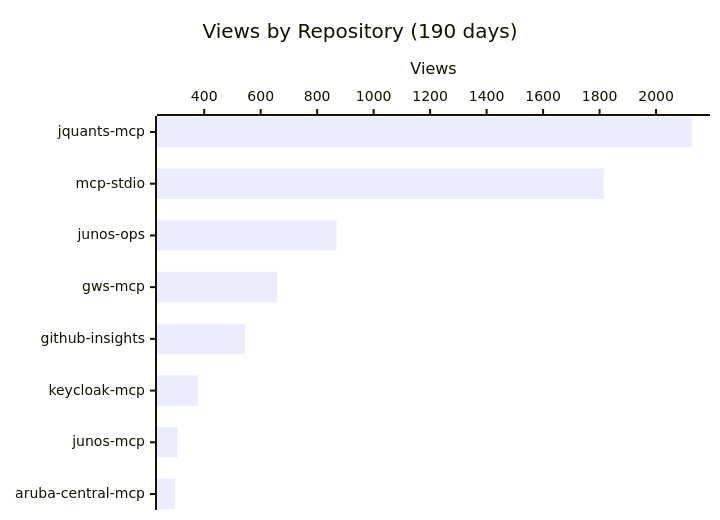
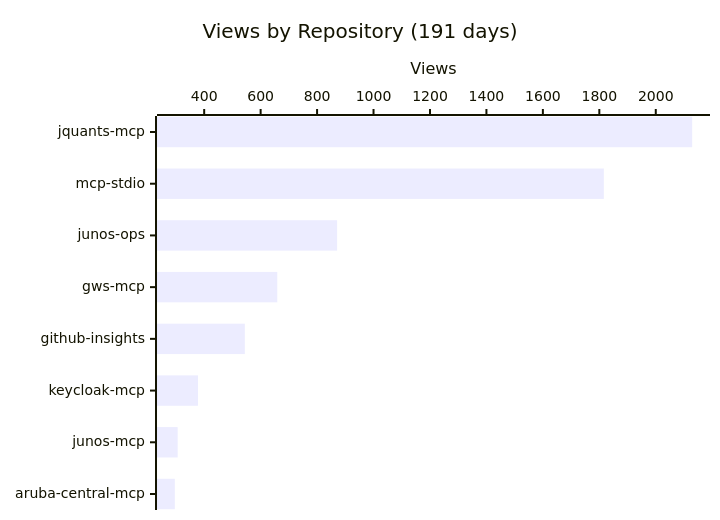
Before and after one commit to shigechika/github-insights: the first of 4 diagrams in README.md, drawn with Mermaid. The commit also changed other lines of this file and 2 other files, not shown here.

````diff
--- a/README.md
+++ b/README.md
@@ -18,7 +18,7 @@
 ```mermaid
 xychart-beta horizontal
-    title "Views by Repository (190 days)"
+    title "Views by Repository (191 days)"
     x-axis ["jquants-mcp", "mcp-stdio", "junos-ops", "gws-mcp", "github-insights", "keycloak-mcp", "junos-mcp", "aruba-central-mcp"]
     y-axis "Views"
-    bar [2128, 1815, 869, 659, 544, 378, 306, 296]
+    bar [2129, 1816, 871, 659, 544, 378, 306, 296]
 ```
````
